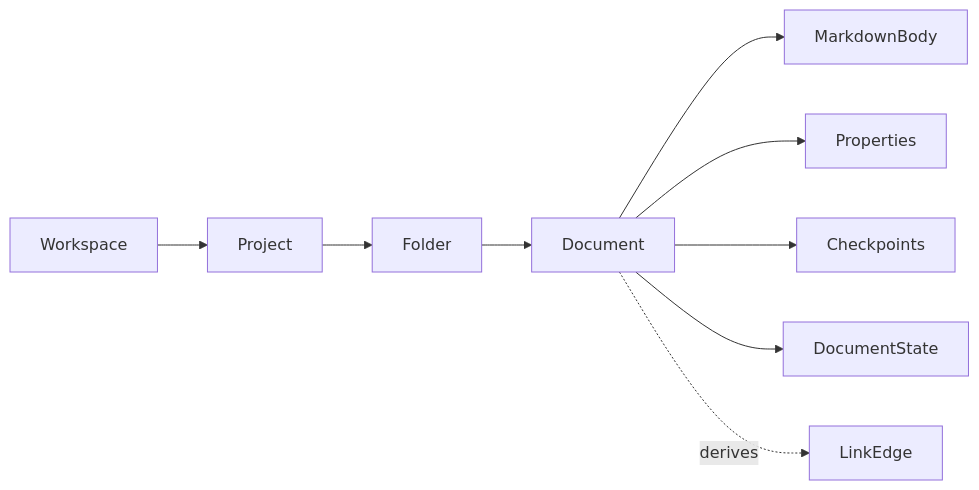
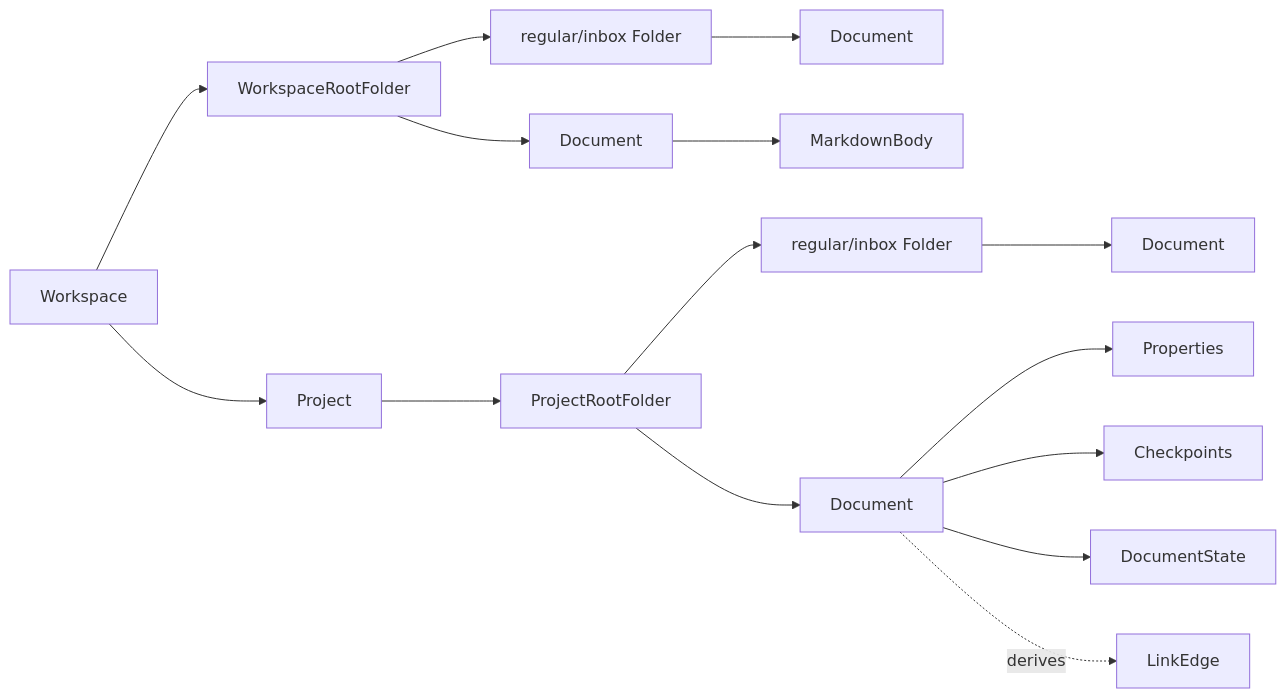
Before and after one commit to nerdchanii/realtime-markdown-editor: the diagram in docs/domain/relations/workspace-document.md, drawn with Mermaid. The commit also changed other lines of this file and 2 other files, not shown here.

Commit message:
docs: update workspace document relations for folder tree

````diff
--- a/docs/domain/relations/workspace-document.md
+++ b/docs/domain/relations/workspace-document.md
@@ -12,11 +14,17 @@
 ```mermaid
 flowchart LR
+  Workspace --> WorkspaceRootFolder
   Workspace --> Project
-  Project --> Folder
-  Folder --> Document
-  Document --> MarkdownBody
-  Document --> Properties
-  Document --> Checkpoints
-  Document --> DocumentState
-  Document -. derives .-> LinkEdge
+  WorkspaceRootFolder --> WorkspaceFolder["regular/inbox Folder"]
+  WorkspaceRootFolder --> WorkspaceDocument["Document"]
+  WorkspaceFolder --> WorkspaceNestedDocument["Document"]
+  Project --> ProjectRootFolder
+  ProjectRootFolder --> ProjectFolder["regular/inbox Folder"]
+  ProjectRootFolder --> ProjectDocument["Document"]
+  ProjectFolder --> ProjectNestedDocument["Document"]
+  WorkspaceDocument --> MarkdownBody
+  ProjectDocument --> Properties
+  ProjectDocument --> Checkpoints
+  ProjectDocument --> DocumentState
+  ProjectDocument -. derives .-> LinkEdge
 ```
````
